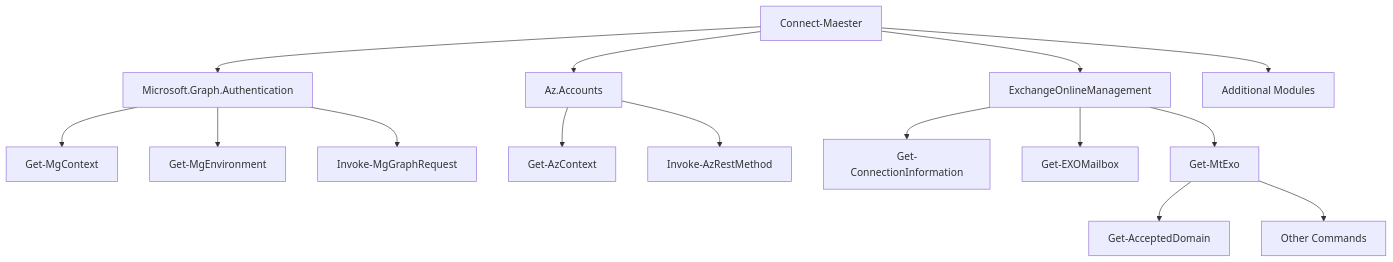
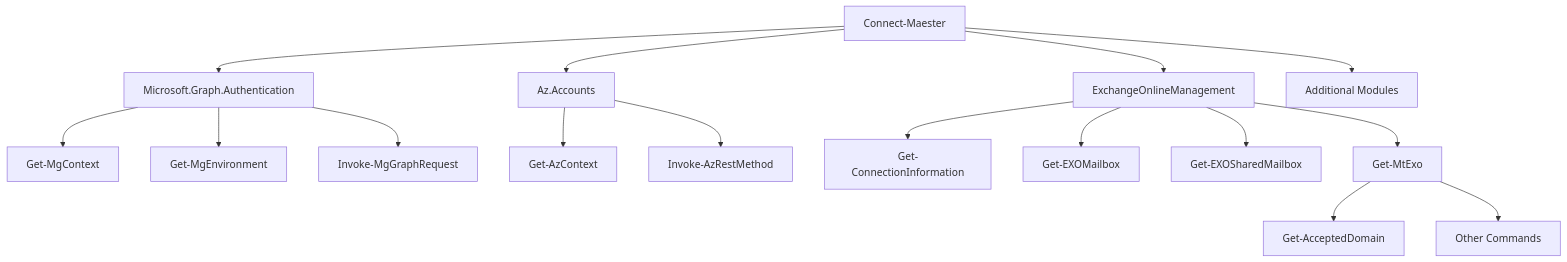
Before and after one commit to maester365/maester: the diagram in website/versioned_docs/version-2.0.0/connect-maester/connect-maester-advanced.md, drawn with Mermaid. The commit also changed 3 other files, not shown here.

````diff
--- a/website/versioned_docs/version-2.0.0/connect-maester/connect-maester-advanced.md
+++ b/website/versioned_docs/version-2.0.0/connect-maester/connect-maester-advanced.md
@@ -56,17 +56,18 @@
 ```mermaid
 graph TD;
   Connect-Maester-->Microsoft.Graph.Authentication;
   Connect-Maester-->Az.Accounts;
   Connect-Maester-->ExchangeOnlineManagement;
   Connect-Maester-->a[Additional Modules];
   Microsoft.Graph.Authentication-->Get-MgContext;
   Microsoft.Graph.Authentication-->Get-MgEnvironment;
   Microsoft.Graph.Authentication-->Invoke-MgGraphRequest;
   Az.Accounts-->Get-AzContext;
   Az.Accounts-->Invoke-AzRestMethod;
   ExchangeOnlineManagement-->Get-ConnectionInformation;
   ExchangeOnlineManagement-->Get-EXOMailbox;
+  ExchangeOnlineManagement-->Get-EXOSharedMailbox;
   ExchangeOnlineManagement-->Get-MtExo;
   Get-MtExo-->Get-AcceptedDomain;
   Get-MtExo-->o[Other Commands];
 ```
````
